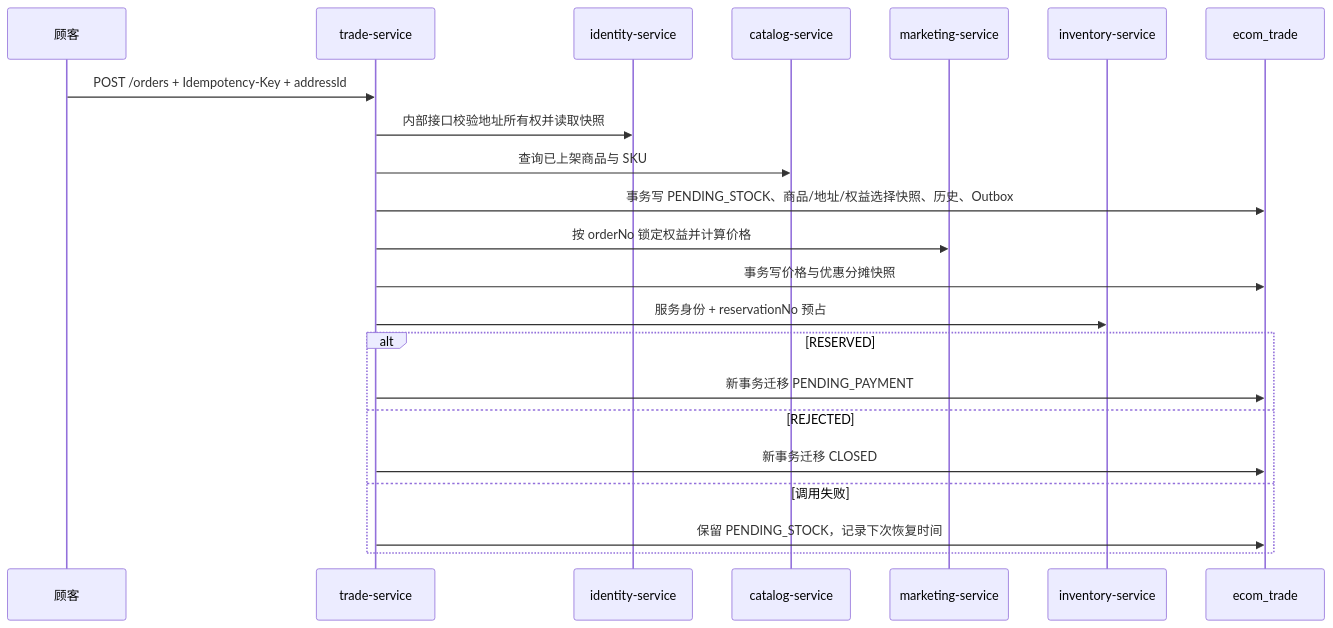
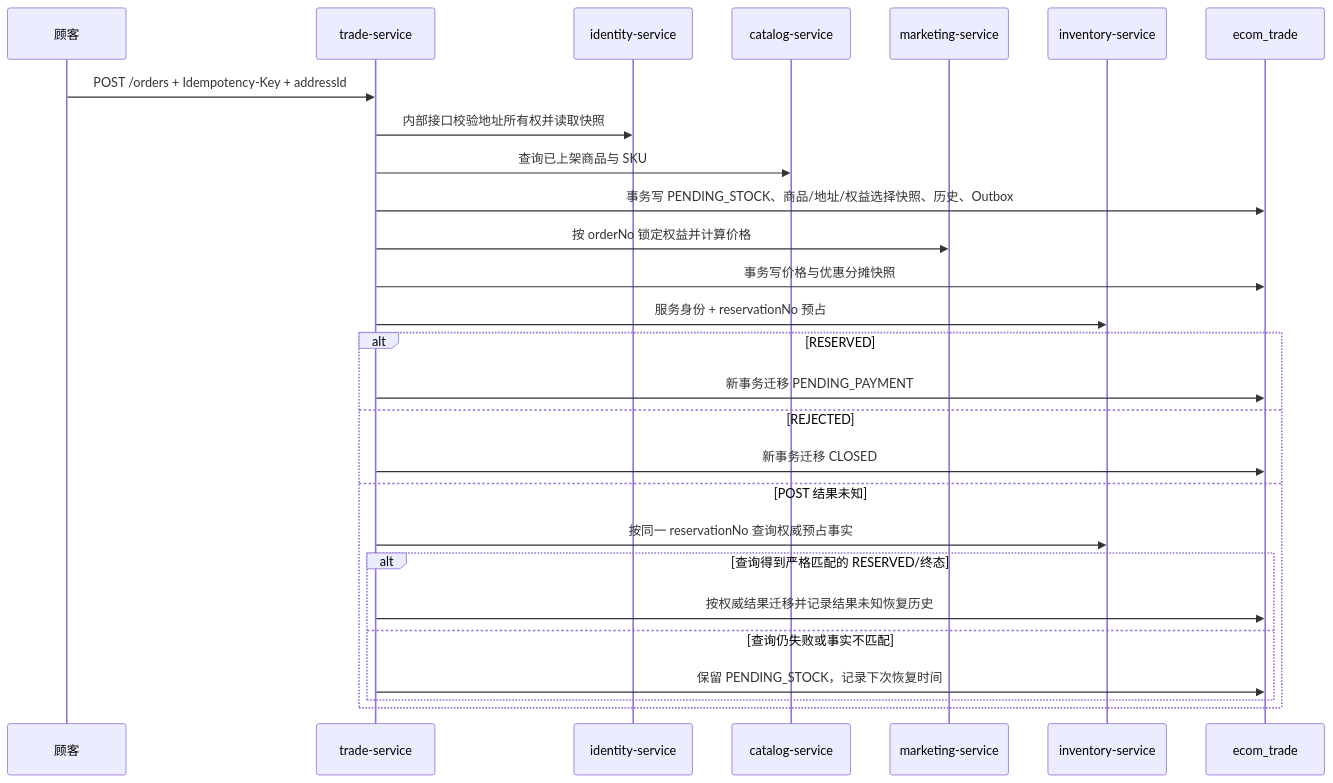
The diagram in docs/12-trade-service.md (NoctilumeDev/PlainJournal), drawn with Mermaid before and after one commit. The commit also changed other lines of this file and 1180 other files, not shown here.

````diff
--- a/docs/12-trade-service.md
+++ b/docs/12-trade-service.md
@@ -40,25 +134,30 @@
 ```mermaid
 sequenceDiagram
     participant U as 顾客
     participant T as trade-service
     participant A as identity-service
     participant C as catalog-service
     participant M as marketing-service
     participant I as inventory-service
     participant DB as ecom_trade
 
     U->>T: POST /orders + Idempotency-Key + addressId
     T->>A: 内部接口校验地址所有权并读取快照
     T->>C: 查询已上架商品与 SKU
     T->>DB: 事务写 PENDING_STOCK、商品/地址/权益选择快照、历史、Outbox
     T->>M: 按 orderNo 锁定权益并计算价格
     T->>DB: 事务写价格与优惠分摊快照
     T->>I: 服务身份 + reservationNo 预占
     alt RESERVED
         T->>DB: 新事务迁移 PENDING_PAYMENT
     else REJECTED
         T->>DB: 新事务迁移 CLOSED
-    else 调用失败
-        T->>DB: 保留 PENDING_STOCK，记录下次恢复时间
+    else POST 结果未知
+        T->>I: 按同一 reservationNo 查询权威预占事实
+        alt 查询得到严格匹配的 RESERVED/终态
+            T->>DB: 按权威结果迁移并记录结果未知恢复历史
+        else 查询仍失败或事实不匹配
+            T->>DB: 保留 PENDING_STOCK，记录下次恢复时间
+        end
     end
 ```
````
